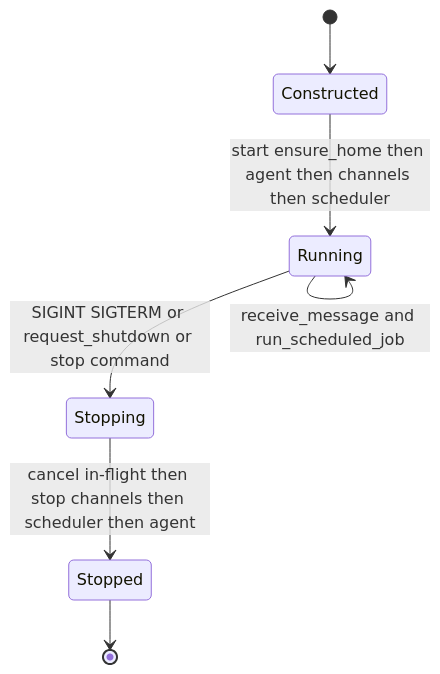
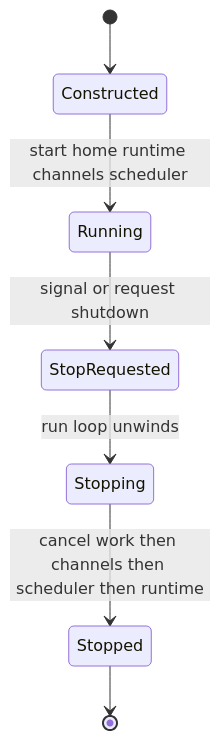
Before and after one commit to langchain-ai/deepagents: the first of 2 diagrams in openwiki/integrations/talon.md, drawn with Mermaid. The commit also changed other lines of this file and 39 other files, not shown here.

````diff
--- a/openwiki/integrations/talon.md
+++ b/openwiki/integrations/talon.md
@@ -74,9 +51,9 @@
 ```mermaid
 stateDiagram-v2
     [*] --> Constructed
-    Constructed --> Running: start ensure_home then agent then channels then scheduler
-    Running --> Running: receive_message and run_scheduled_job
-    Running --> Stopping: SIGINT SIGTERM or request_shutdown or stop command
-    Stopping --> Stopped: cancel in-flight then stop channels then scheduler then agent
+    Constructed --> Running: start home runtime channels scheduler
+    Running --> StopRequested: signal or request shutdown
+    StopRequested --> Stopping: run loop unwinds
+    Stopping --> Stopped: cancel work then channels then scheduler then runtime
     Stopped --> [*]
 ```
````
